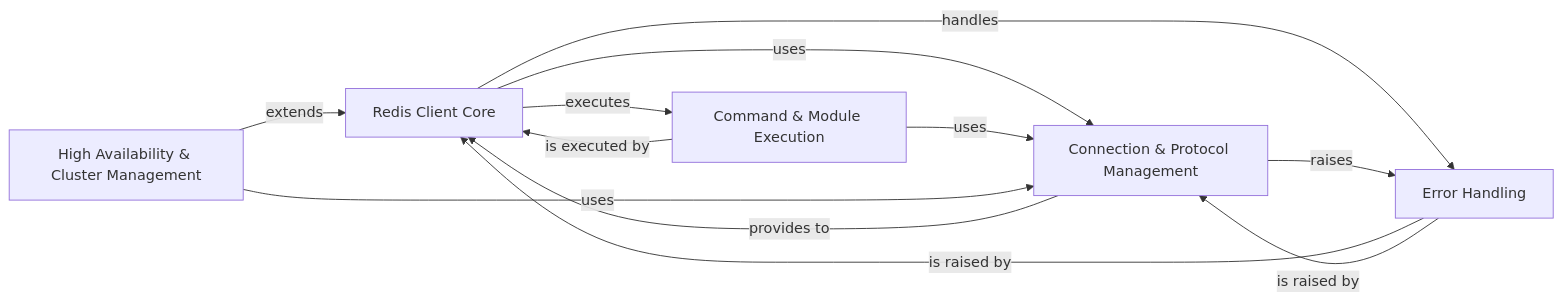
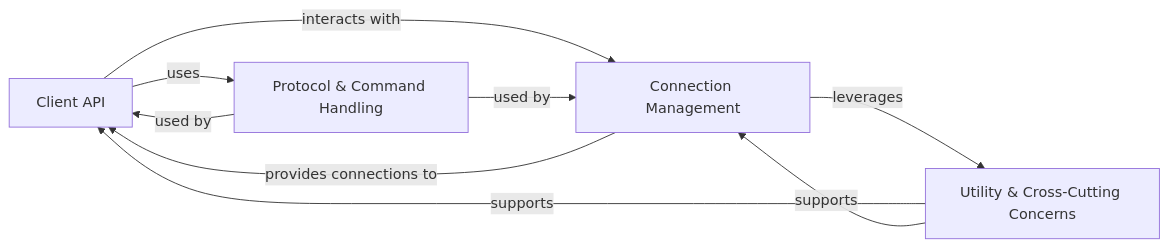
The diagram in .codeboarding/on_boarding.md (redis/redis-py), drawn with Mermaid before and after one commit. The commit also changed other lines of this file and 9 other files, not shown here.

Commit message:
Added high-level diagrams

````diff
--- a/.codeboarding/on_boarding.md
+++ b/.codeboarding/on_boarding.md
@@ -1,24 +1,37 @@
 ```mermaid
+
 graph LR
-    Redis_Client_Core["Redis Client Core"]
-    Connection_Protocol_Management["Connection & Protocol Management"]
-    Command_Module_Execution["Command & Module Execution"]
-    High_Availability_Cluster_Management["High Availability & Cluster Management"]
-    Error_Handling["Error Handling"]
-    Redis_Client_Core -- "uses" --> Connection_Protocol_Management
-    Redis_Client_Core -- "executes" --> Command_Module_Execution
-    Redis_Client_Core -- "handles" --> Error_Handling
-    Connection_Protocol_Management -- "provides to" --> Redis_Client_Core
-    Connection_Protocol_Management -- "raises" --> Error_Handling
-    Command_Module_Execution -- "is executed by" --> Redis_Client_Core
-    Command_Module_Execution -- "uses" --> Connection_Protocol_Management
-    High_Availability_Cluster_Management -- "extends" --> Redis_Client_Core
-    High_Availability_Cluster_Management -- "uses" --> Connection_Protocol_Management
-    Error_Handling -- "is raised by" --> Redis_Client_Core
-    Error_Handling -- "is raised by" --> Connection_Protocol_Management
-    click Redis_Client_Core href "https://github.com/CodeBoarding/GeneratedOnBoardings/blob/main/redis-py/Redis Client Core.md" "Details"
-    click Connection_Protocol_Management href "https://github.com/CodeBoarding/GeneratedOnBoardings/blob/main/redis-py/Connection & Protocol Management.md" "Details"
-    click Command_Module_Execution href "https://github.com/CodeBoarding/GeneratedOnBoardings/blob/main/redis-py/Command & Module Execution.md" "Details"
-    click High_Availability_Cluster_Management href "https://github.com/CodeBoarding/GeneratedOnBoardings/blob/main/redis-py/High Availability & Cluster Management.md" "Details"
-    click Error_Handling href "https://github.com/CodeBoarding/GeneratedOnBoardings/blob/main/redis-py/Error Handling.md" "Details"
+
+    Client_API["Client API"]
+
+    Connection_Management["Connection Management"]
+
+    Protocol_Command_Handling["Protocol & Command Handling"]
+
+    Utility_Cross_Cutting_Concerns["Utility & Cross-Cutting Concerns"]
+
+    Client_API -- "interacts with" --> Connection_Management
+
+    Client_API -- "uses" --> Protocol_Command_Handling
+
+    Connection_Management -- "provides connections to" --> Client_API
+
+    Connection_Management -- "leverages" --> Utility_Cross_Cutting_Concerns
+
+    Protocol_Command_Handling -- "used by" --> Client_API
+
+    Protocol_Command_Handling -- "used by" --> Connection_Management
+
+    Utility_Cross_Cutting_Concerns -- "supports" --> Client_API
+
+    Utility_Cross_Cutting_Concerns -- "supports" --> Connection_Management
+
+    click Client_API href "https://github.com/redis/redis-py/blob/master/.codeboarding//Client_API.md" "Details"
+
+    click Connection_Management href "https://github.com/redis/redis-py/blob/master/.codeboarding//Connection_Management.md" "Details"
+
+    click Protocol_Command_Handling href "https://github.com/redis/redis-py/blob/master/.codeboarding//Protocol_Command_Handling.md" "Details"
+
+    click Utility_Cross_Cutting_Concerns href "https://github.com/redis/redis-py/blob/master/.codeboarding//Utility_Cross_Cutting_Concerns.md" "Details"
+
 ```
````
